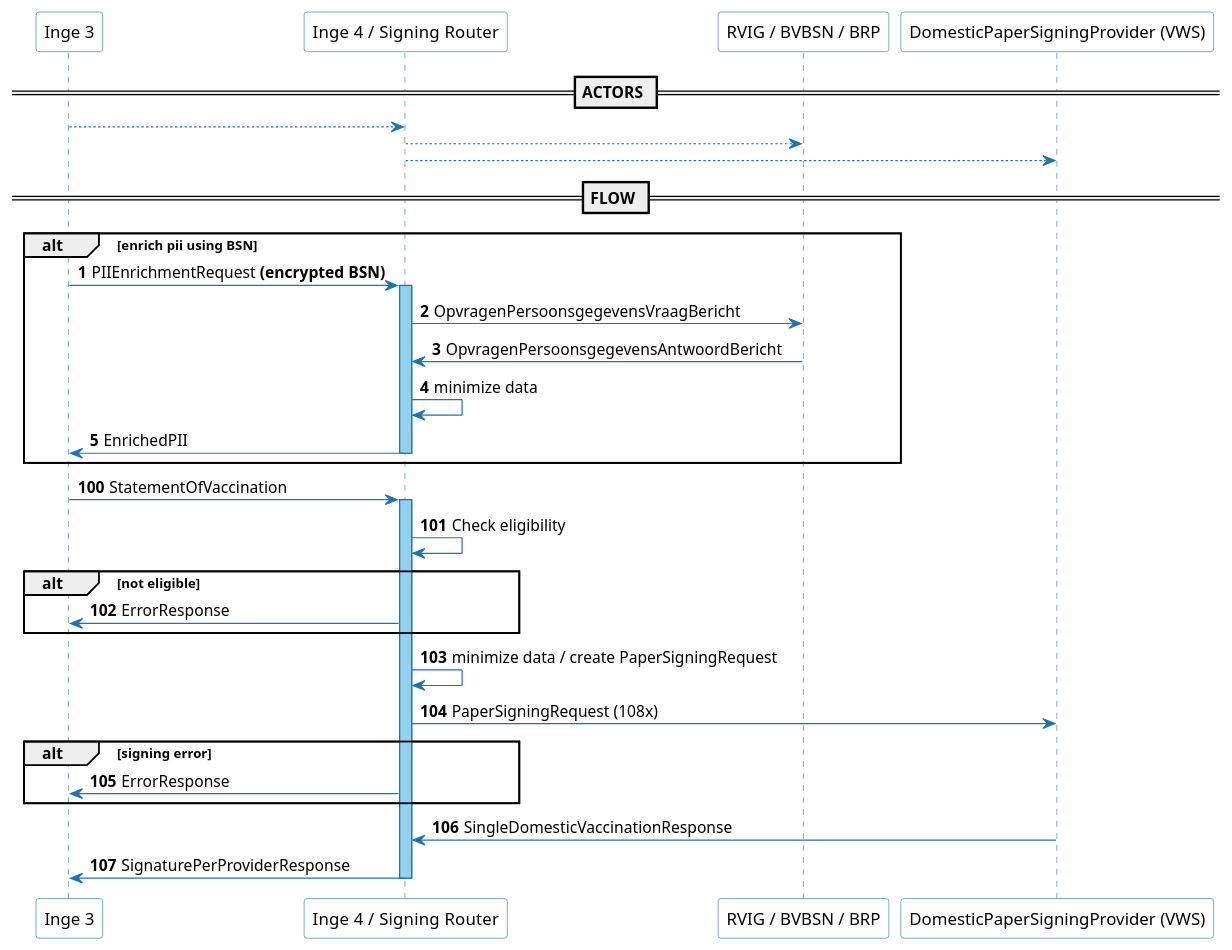
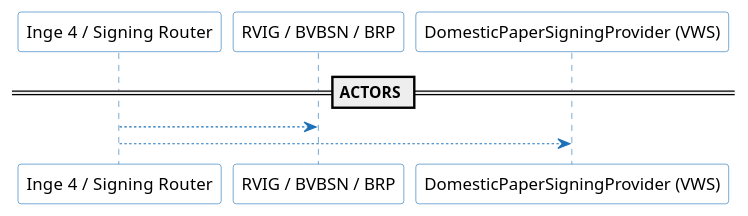
Before and after one commit to minvws/nl-covid19-coronacheck-backend-bizrules-signing-service: the diagram in docs/DomesticPaperFlow.puml, drawn with PlantUML. The commit also changed 4 other files, not shown here.

```diff
--- a/docs/DomesticPaperFlow.puml
+++ b/docs/DomesticPaperFlow.puml
@@ -1,105 +1,70 @@
 @startuml
 ' Training by Ben Peachy
 ' https://plantuml.com/sequence-diagram
 ' Manual: https://plantuml-documentation.readthedocs.io/en/latest/index.html
 ' QA: https://forum.plantuml.net/
 ' Use Plantuml for pycharm
 ' Rendering:
 ' Plattext.com
 ' http://www.plantuml.com/plantuml/
 ' Alle shapes: https://plantuml.com/deployment-diagram
 ' Shared methods or skinparams / includes: https://plantuml.com/preprocessing#393335a6fd28a804
 ' Messages in this UML scheme are shown in openapi.yaml
 
 skinparam {
 
     ' True for "uncertain things" protip by Ben
     Handwritten false
     Monochrome false
     shadowing false
 
     ' "Comic Sans MS"
     defaultFontName RijksoverheidSansWebText
 
     boundary {
         BorderColor #1D71B8
         BackgroundColor #white
     }
 
     database {
         BorderColor #1D71B8
         BackgroundColor #white
     }
 
     NoteBorderColor #CC0
 
     sequence {
         arrowColor #1D71B8
 
         boxBorderColor none
         boxBackgroundColor #EEE
 
         actor {
             BorderColor #5715CC
             BackgroundColor white
         }
 
 
         participant {
             BorderColor #1D71B8
             BackgroundColor #white
         }
 
         lifeLine {
             BorderColor #1D71B8
             BackgroundColor #92D2EF
         }
     }
 }
 
-participant "Inge 3" as inge3
 participant "Inge 4 /  Signing Router" as inge4
 participant "RVIG / BVBSN / BRP" as rvig
 participant "DomesticPaperSigningProvider (VWS)" as provider
 
 
 == ACTORS ==
 
-inge3 --> inge4
 inge4 --> rvig
 inge4 --> provider
 
-== FLOW ==
-
-autonumber
-
-alt enrich pii using BSN
-    inge3 -> inge4: PIIEnrichmentRequest **(encrypted BSN)**
-    activate inge4
-        inge4 -> rvig : OpvragenPersoonsgegevensVraagBericht
-        rvig -> inge4 : OpvragenPersoonsgegevensAntwoordBericht
-        inge4 -> inge4 : minimize data
-        inge4 -> inge3 : EnrichedPII
-    deactivate inge4
-end alt
-
-
-autonumber 100
-
-inge3 -> inge4 : StatementOfVaccination
-activate inge4
-    inge4 -> inge4 : Check eligibility
-    alt not eligible
-       inge4 -> inge3 : ErrorResponse
-    end alt
-    inge4 -> inge4 : minimize data / create PaperSigningRequest
-    inge4 -> provider : PaperSigningRequest (108x)
-    alt signing error
-        inge4 -> inge3 : ErrorResponse
-    end alt
-    provider -> inge4: SingleDomesticVaccinationResponse
-
-    inge4 -> inge3: SignaturePerProviderResponse
-deactivate inge4
-
 @enduml
```
